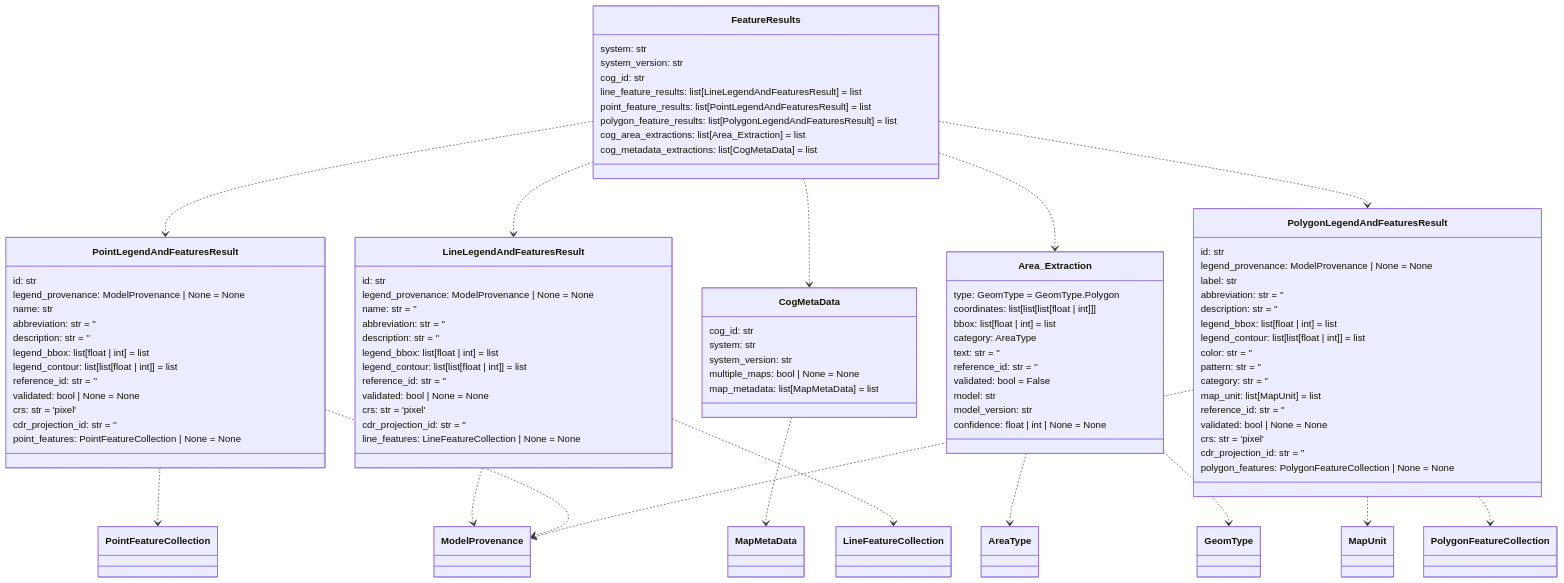
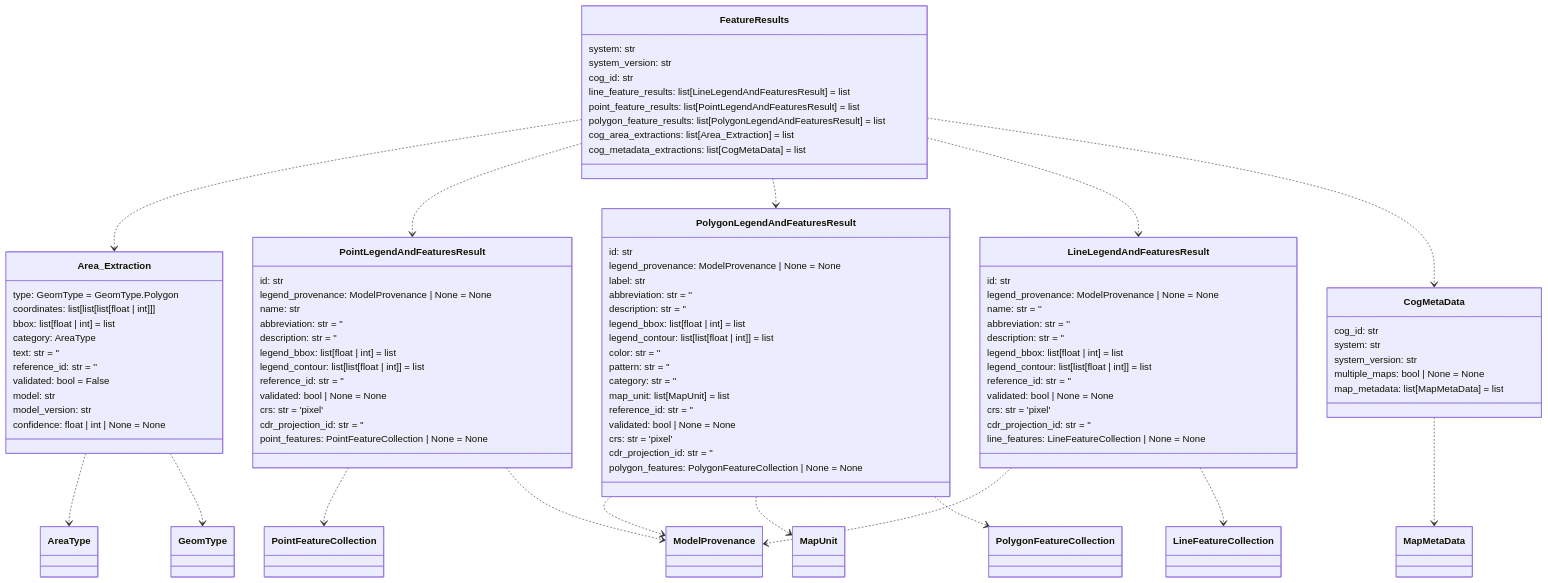
The fourth of 14 diagrams in README.md (DARPA-CRITICALMAAS/cdr_schemas), drawn with Mermaid before and after one commit. The commit also changed other lines of this file and 1 other file, not shown here.

````diff
--- a/README.md
+++ b/README.md
@@ -258,5 +258,18 @@
 ```mermaid
 classDiagram
+
+    class Area_Extraction {
+        type: GeomType = GeomType.Polygon
+        coordinates: list[list[list[float | int]]]
+        bbox: list[float | int] = list
+        category: AreaType
+        text: str = ''
+        reference_id: str = ''
+        validated: bool = False
+        model: str
+        model_version: str
+        confidence: float | int | None = None
+    }
 
     class PointLegendAndFeaturesResult {
         id: str
@@ -271,53 +284,6 @@
         crs: str = 'pixel'
         cdr_projection_id: str = ''
         point_features: PointFeatureCollection | None = None
-    }
-
-    class CogMetaData {
-        cog_id: str
-        system: str
-        system_version: str
-        multiple_maps: bool | None = None
-        map_metadata: list[MapMetaData] = list
-    }
-
-    class FeatureResults {
-        system: str
-        system_version: str
-        cog_id: str
-        line_feature_results: list[LineLegendAndFeaturesResult] = list
-        point_feature_results: list[PointLegendAndFeaturesResult] = list
-        polygon_feature_results: list[PolygonLegendAndFeaturesResult] = list
-        cog_area_extractions: list[Area_Extraction] = list
-        cog_metadata_extractions: list[CogMetaData] = list
-    }
-
-    class LineLegendAndFeaturesResult {
-        id: str
-        legend_provenance: ModelProvenance | None = None
-        name: str = ''
-        abbreviation: str = ''
-        description: str = ''
-        legend_bbox: list[float | int] = list
-        legend_contour: list[list[float | int]] = list
-        reference_id: str = ''
-        validated: bool | None = None
-        crs: str = 'pixel'
-        cdr_projection_id: str = ''
-        line_features: LineFeatureCollection | None = None
-    }
-
-    class Area_Extraction {
-        type: GeomType = GeomType.Polygon
-        coordinates: list[list[list[float | int]]]
-        bbox: list[float | int] = list
-        category: AreaType
-        text: str = ''
-        reference_id: str = ''
-        validated: bool = False
-        model: str
-        model_version: str
-        confidence: float | int | None = None
     }
 
     class PolygonLegendAndFeaturesResult {
@@ -339,21 +305,55 @@
         polygon_features: PolygonFeatureCollection | None = None
     }
 
+    class LineLegendAndFeaturesResult {
+        id: str
+        legend_provenance: ModelProvenance | None = None
+        name: str = ''
+        abbreviation: str = ''
+        description: str = ''
+        legend_bbox: list[float | int] = list
+        legend_contour: list[list[float | int]] = list
+        reference_id: str = ''
+        validated: bool | None = None
+        crs: str = 'pixel'
+        cdr_projection_id: str = ''
+        line_features: LineFeatureCollection | None = None
+    }
+
+    class FeatureResults {
+        system: str
+        system_version: str
+        cog_id: str
+        line_feature_results: list[LineLegendAndFeaturesResult] = list
+        point_feature_results: list[PointLegendAndFeaturesResult] = list
+        polygon_feature_results: list[PolygonLegendAndFeaturesResult] = list
+        cog_area_extractions: list[Area_Extraction] = list
+        cog_metadata_extractions: list[CogMetaData] = list
+    }
+
+    class CogMetaData {
+        cog_id: str
+        system: str
+        system_version: str
+        multiple_maps: bool | None = None
+        map_metadata: list[MapMetaData] = list
+    }
+
     Area_Extraction ..> AreaType
     Area_Extraction ..> GeomType
+    LineLegendAndFeaturesResult ..> ModelProvenance
     LineLegendAndFeaturesResult ..> LineFeatureCollection
-    LineLegendAndFeaturesResult ..> ModelProvenance
     PointLegendAndFeaturesResult ..> PointFeatureCollection
     PointLegendAndFeaturesResult ..> ModelProvenance
+    PolygonLegendAndFeaturesResult ..> ModelProvenance
     PolygonLegendAndFeaturesResult ..> MapUnit
     PolygonLegendAndFeaturesResult ..> PolygonFeatureCollection
-    PolygonLegendAndFeaturesResult ..> ModelProvenance
     CogMetaData ..> MapMetaData
+    FeatureResults ..> Area_Extraction
     FeatureResults ..> PointLegendAndFeaturesResult
+    FeatureResults ..> PolygonLegendAndFeaturesResult
+    FeatureResults ..> LineLegendAndFeaturesResult
     FeatureResults ..> CogMetaData
-    FeatureResults ..> LineLegendAndFeaturesResult
-    FeatureResults ..> Area_Extraction
-    FeatureResults ..> PolygonLegendAndFeaturesResult
 
 
 ```
````
